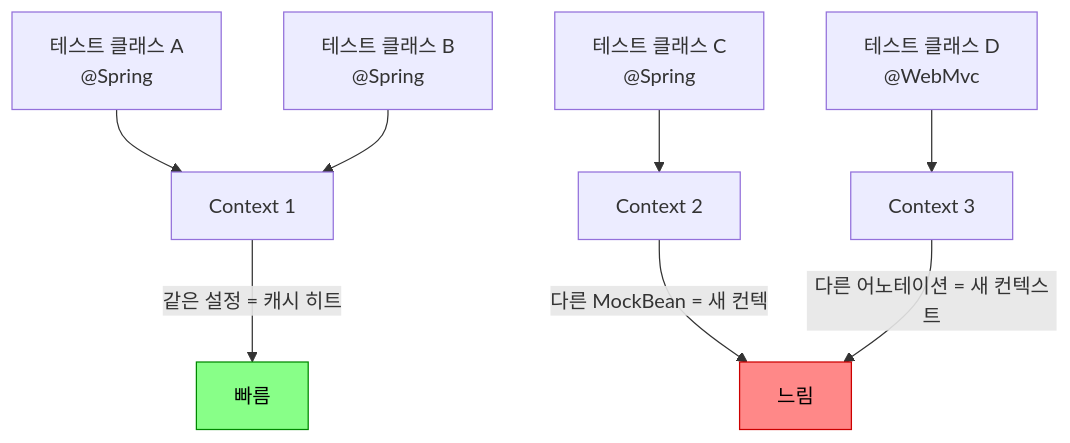
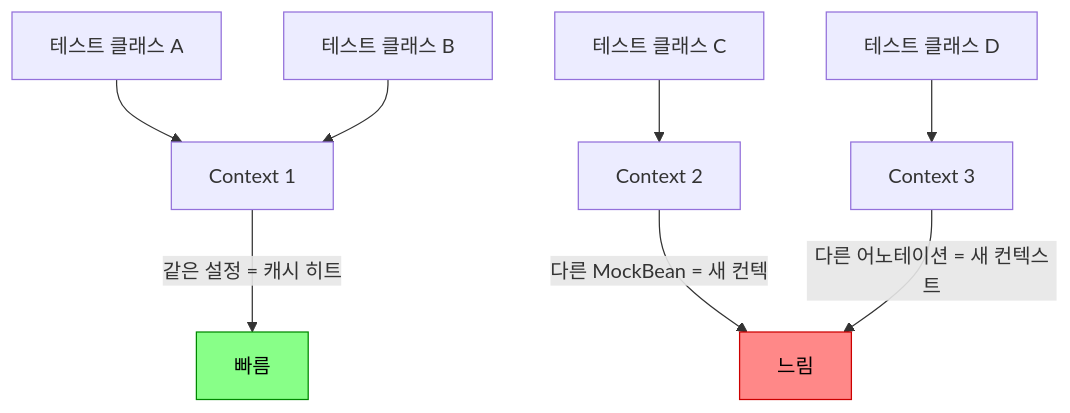
One commit to yjkim2015/yjkim2015.github.io changed the fourth of 4 diagrams in _posts/test/2026-05-03-integration-testing.md. Above: the diagram before and after it, drawn with Mermaid. The commit also changed other lines of this file and 217 other files, not shown here.

First line of the commit message:
Mermaid 크기 수정: useMaxWidth:true + SVG max-width:100% + 라벨 축소

````diff
--- a/_posts/test/2026-05-03-integration-testing.md
+++ b/_posts/test/2026-05-03-integration-testing.md
@@ -471,12 +471,12 @@
 ```mermaid
 flowchart TD
-    A["테스트 클래스 A\n@Spring"] --> CTX1["Context 1"]
-    B["테스트 클래스 B\n@Spring"] --> CTX1
-    C["테스트 클래스 C\n@Spring"] --> CTX2["Context 2"]
-    D["테스트 클래스 D\n@WebMvc"] --> CTX3["Context 3"]
+    A["테스트 클래스 A"] --> CTX1["Context 1"]
+    B["테스트 클래스 B"] --> CTX1
+    C["테스트 클래스 C"] --> CTX2["Context 2"]
+    D["테스트 클래스 D"] --> CTX3["Context 3"]
     CTX1 -->|"같은 설정 = 캐시 히트"| FAST["빠름"]
     CTX2 -->|"다른 MockBean = 새 컨텍"| SLOW["느림"]
     CTX3 -->|"다른 어노테이션 = 새 컨텍스트"| SLOW
     style FAST fill:#8f8,stroke:#080,color:#000
     style SLOW fill:#f88,stroke:#c00,color:#000
 ```
````
